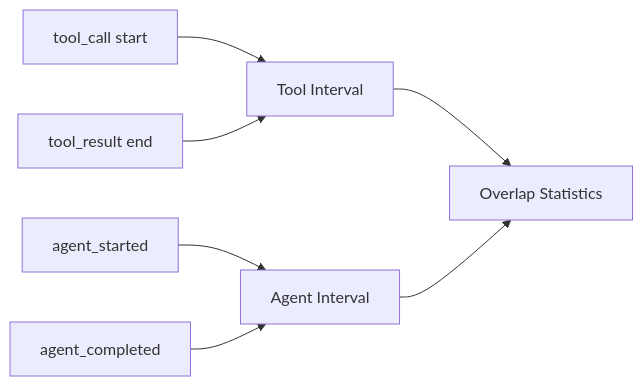
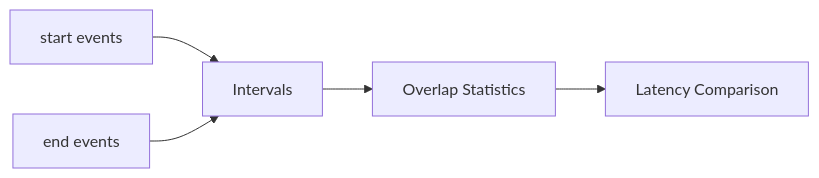
Before and after one commit to Arthur999459up/GitAgent: the eighth of 10 diagrams in docs/14-evaluation-design.md, drawn with Mermaid. The commit also changed other lines of this file and 15 other files, not shown here.

````diff
--- a/docs/14-evaluation-design.md
+++ b/docs/14-evaluation-design.md
@@ -631,9 +292,7 @@
 ```mermaid
 flowchart LR
-    TS[tool_call start] --> TI[Tool Interval]
-    TE[tool_result end] --> TI
-    AS[agent_started] --> AI[Agent Interval]
-    AE[agent_completed] --> AI
-    TI --> STATS[Overlap Statistics]
-    AI --> STATS
+    S[start events] --> I[Intervals]
+    E[end events] --> I
+    I --> O[Overlap Statistics]
+    O --> L[Latency Comparison]
 ```
````
